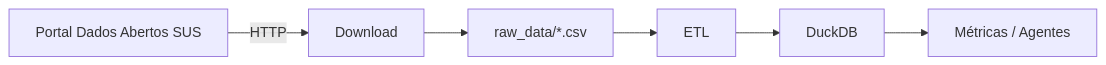
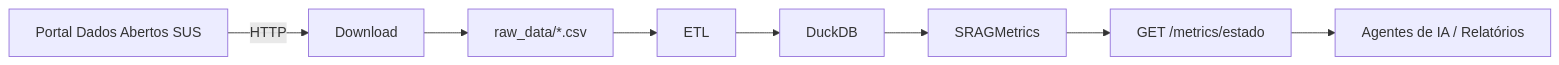
Before and after one commit to johnwsl/srag-data-health-agent-monitor: the first of 3 diagrams in docs/etl_pipeline.md, drawn with Mermaid. The commit also changed other lines of this file and 22 other files, not shown here.

````diff
--- a/docs/etl_pipeline.md
+++ b/docs/etl_pipeline.md
@@ -27,8 +27,10 @@
 ```mermaid
 flowchart LR
     A[Portal Dados Abertos SUS] -->|HTTP| B[Download]
     B --> C[raw_data/*.csv]
     C --> D[ETL]
     D --> E[DuckDB]
-    E --> F[Métricas / Agentes]
+    E --> F[SRAGMetrics]
+    F --> G[GET /metrics/estado]
+    G --> H[Agentes de IA / Relatórios]
 ```
````
